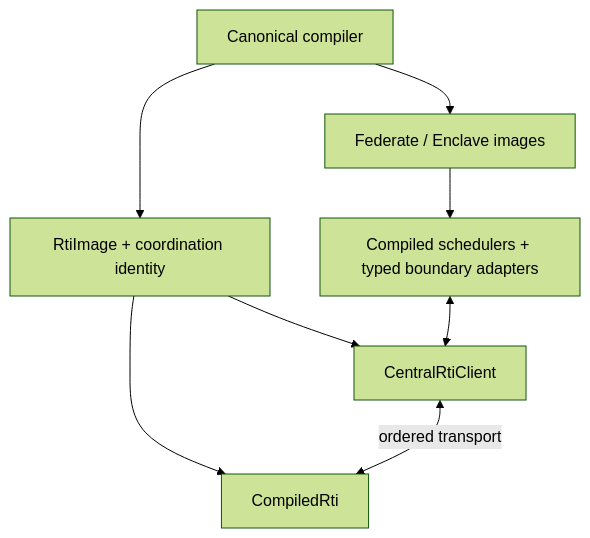
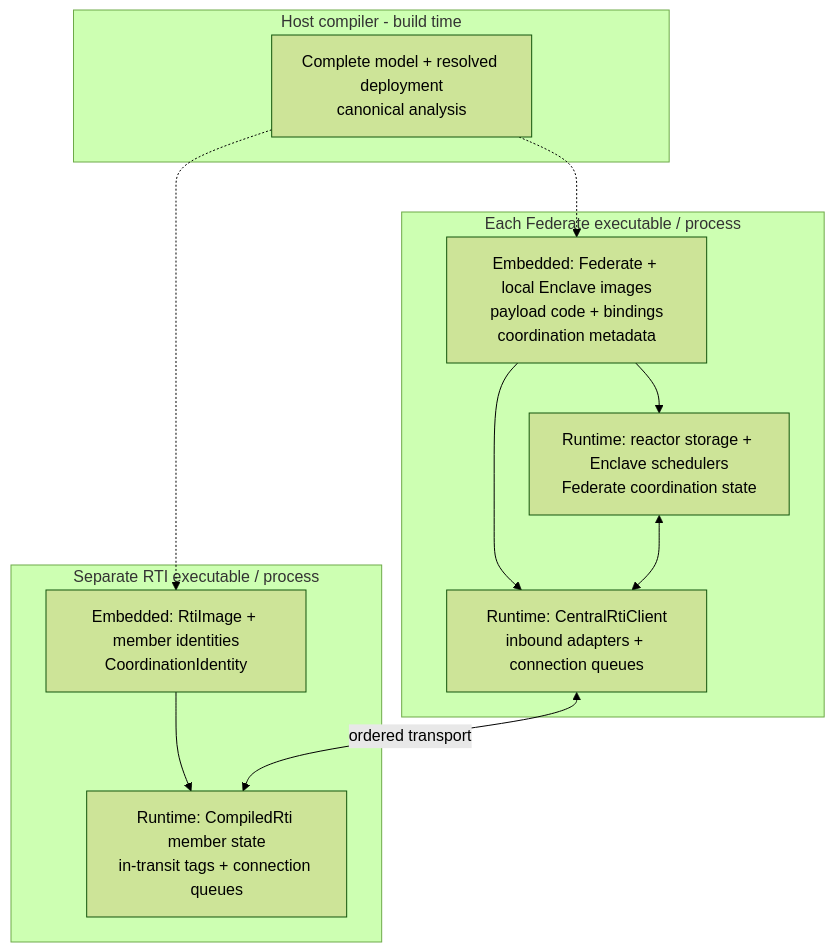
One commit to jondo2010/boomerang changed the diagram in docs/federated-runtime.md. Above: the diagram before and after it, drawn with Mermaid (forest theme). The commit also changed other lines of this file, not shown here.

Commit message:
docs: clarify compiled artifact and process ownership

````diff
--- a/docs/federated-runtime.md
+++ b/docs/federated-runtime.md
@@ -53,10 +77,25 @@
 ```mermaid
 flowchart TD
-    Compiler["Canonical compiler"] --> Images["Federate / Enclave images"]
-    Compiler --> Projection["RtiImage + coordination identity"]
-    Images --> Runtime["Compiled schedulers + typed boundary adapters"]
-    Projection --> Client["CentralRtiClient"]
-    Projection --> RTI["CompiledRti"]
-    Runtime <--> Client
-    Client <-->|ordered transport| RTI
+    subgraph Host["Host compiler - build time"]
+        Compiler["Complete model + resolved deployment<br/>canonical analysis"]
+    end
+
+    subgraph Federate["Each Federate executable / process"]
+        FMetadata["Embedded: Federate + local Enclave images<br/>payload code + bindings<br/>coordination metadata"]
+        FRuntime["Runtime: reactor storage + Enclave schedulers<br/>Federate coordination state"]
+        FClient["Runtime: CentralRtiClient<br/>inbound adapters + connection queues"]
+        FMetadata --> FRuntime
+        FMetadata --> FClient
+        FRuntime <--> FClient
+    end
+
+    subgraph RTI["Separate RTI executable / process"]
+        RMetadata["Embedded: RtiImage + member identities<br/>CoordinationIdentity"]
+        RState["Runtime: CompiledRti member state<br/>in-transit tags + connection queues"]
+        RMetadata --> RState
+    end
+
+    Compiler -.-> FMetadata
+    Compiler -.-> RMetadata
+    FClient <-->|ordered transport| RState
 ```
````
